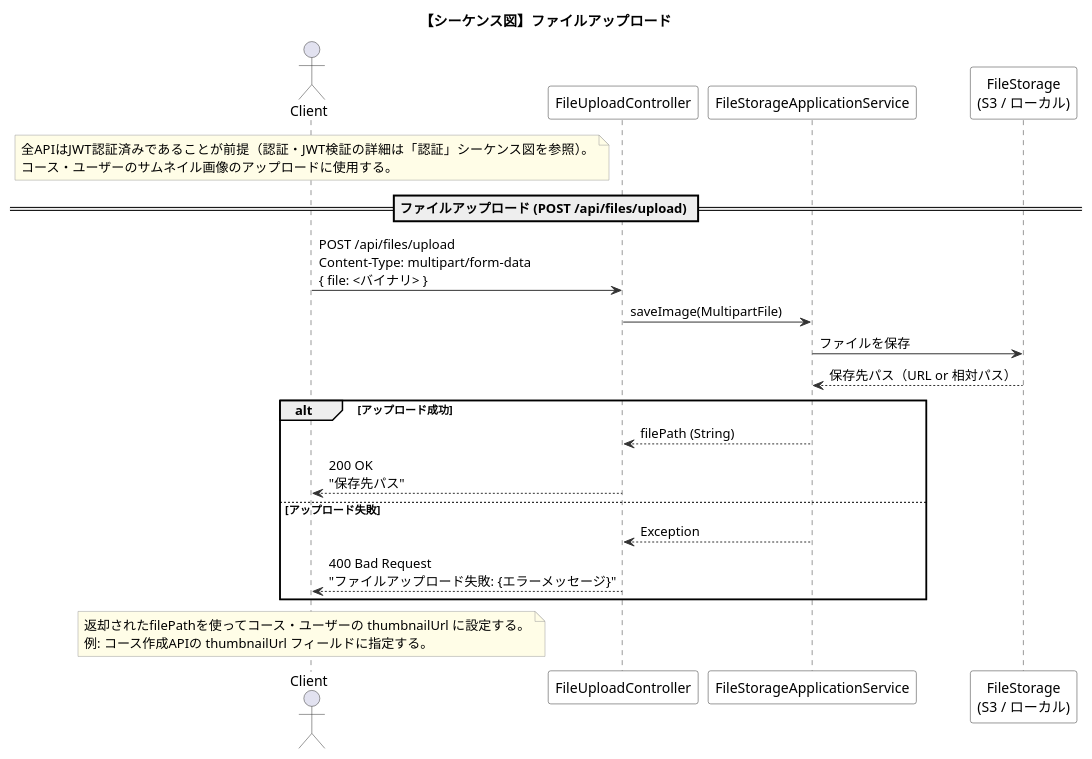
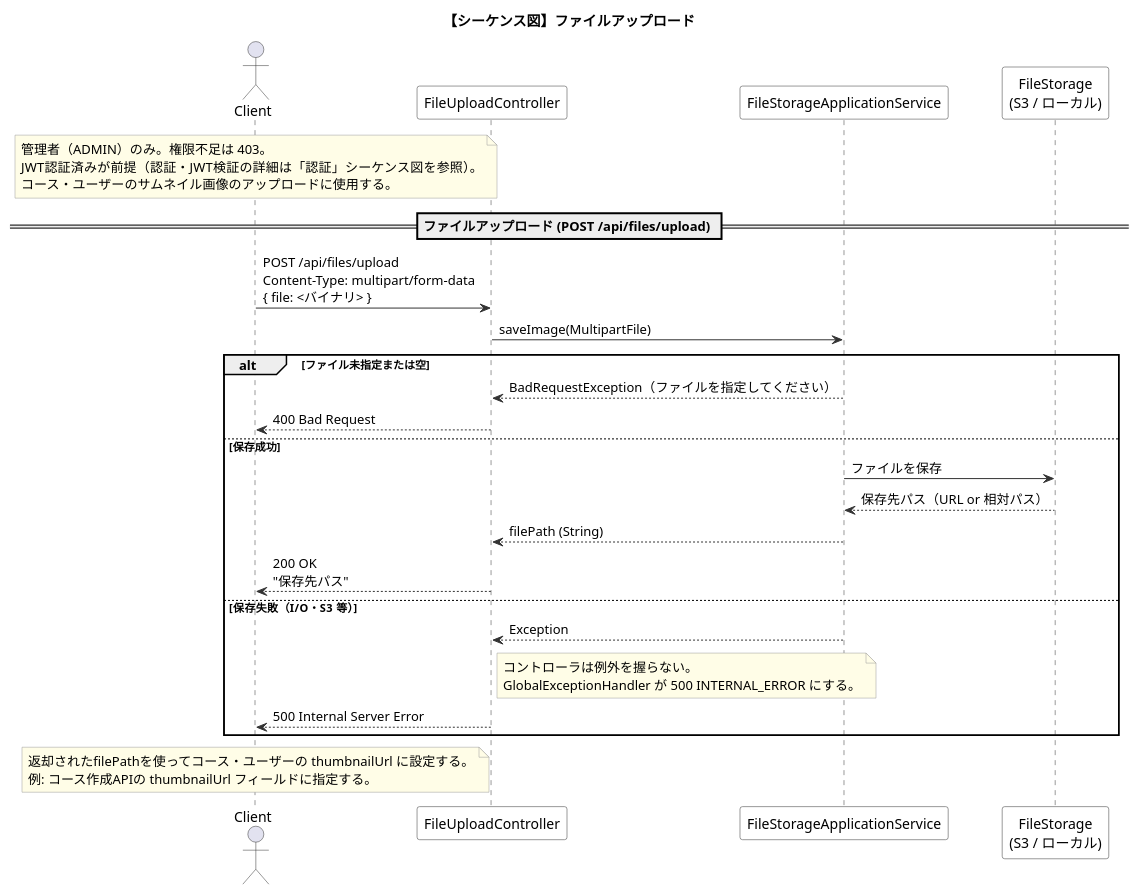
Before and after one commit to stra24/elms-backend: the diagram in docs/sequence-file-upload.puml, drawn with PlantUML. The commit also changed 47 other files, not shown here.

Commit message:
シーケンス図の最新化。テストメソッド名の統一。

```diff
--- a/docs/sequence-file-upload.puml
+++ b/docs/sequence-file-upload.puml
@@ -1,49 +1,56 @@
 @startuml sequence-file-upload
 title 【シーケンス図】ファイルアップロード
 
 skinparam sequence {
   ArrowColor #333333
   ActorBorderColor #333333
   LifeLineBorderColor #333333
   ParticipantBorderColor #333333
   ParticipantBackgroundColor White
 }
 skinparam noteBackgroundColor #FFFDE7
 skinparam noteBorderColor #999999
 
 actor Client
 participant "FileUploadController" as Controller
 participant "FileStorageApplicationService" as AppService
 participant "FileStorage\n(S3 / ローカル)" as Storage
 
 note over Client
-  全APIはJWT認証済みであることが前提（認証・JWT検証の詳細は「認証」シーケンス図を参照）。
+  管理者（ADMIN）のみ。権限不足は 403。
+  JWT認証済みが前提（認証・JWT検証の詳細は「認証」シーケンス図を参照）。
   コース・ユーザーのサムネイル画像のアップロードに使用する。
 end note
 
 ' ============================================================
 ' ファイルアップロード
 ' ============================================================
 == ファイルアップロード (POST /api/files/upload) ==
 
 Client -> Controller : POST /api/files/upload\nContent-Type: multipart/form-data\n{ file: <バイナリ> }
 
 Controller -> AppService : saveImage(MultipartFile)
 
-AppService -> Storage : ファイルを保存
-Storage --> AppService : 保存先パス（URL or 相対パス）
-
-alt アップロード成功
+alt ファイル未指定または空
+  AppService --> Controller : BadRequestException（ファイルを指定してください）
+  Controller --> Client : 400 Bad Request
+else 保存成功
+  AppService -> Storage : ファイルを保存
+  Storage --> AppService : 保存先パス（URL or 相対パス）
   AppService --> Controller : filePath (String)
   Controller --> Client : 200 OK\n"保存先パス"
-else アップロード失敗
+else 保存失敗（I/O・S3 等）
   AppService --> Controller : Exception
-  Controller --> Client : 400 Bad Request\n"ファイルアップロード失敗: {エラーメッセージ}"
+  note right of Controller
+    コントローラは例外を握らない。
+    GlobalExceptionHandler が 500 INTERNAL_ERROR にする。
+  end note
+  Controller --> Client : 500 Internal Server Error
 end
 
 note over Client
   返却されたfilePathを使ってコース・ユーザーの thumbnailUrl に設定する。
   例: コース作成APIの thumbnailUrl フィールドに指定する。
 end note
 
 @enduml
```
